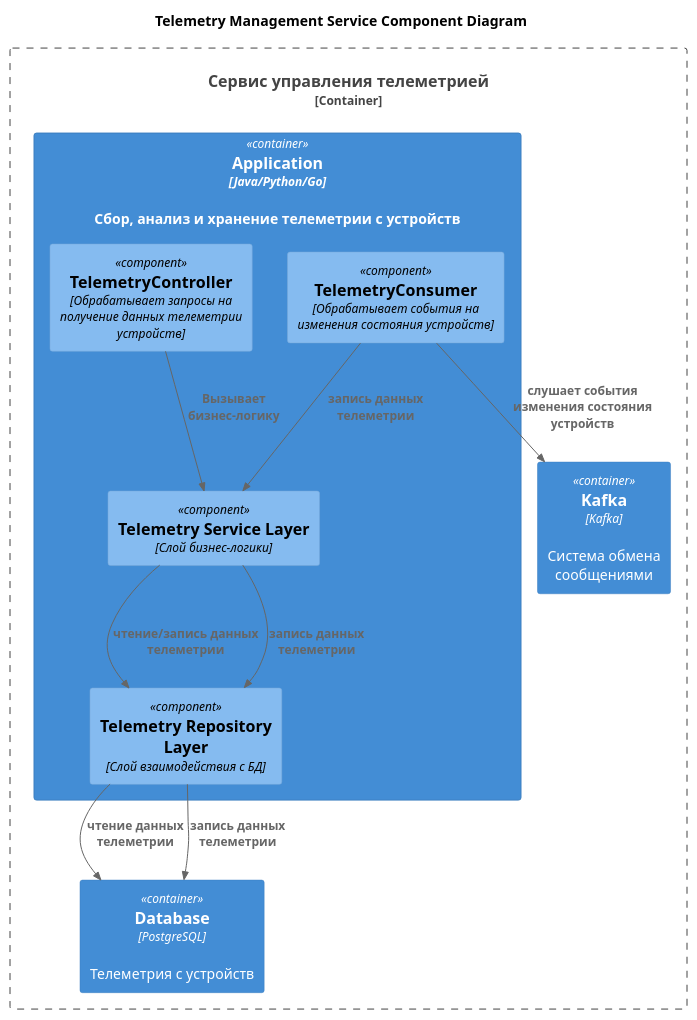
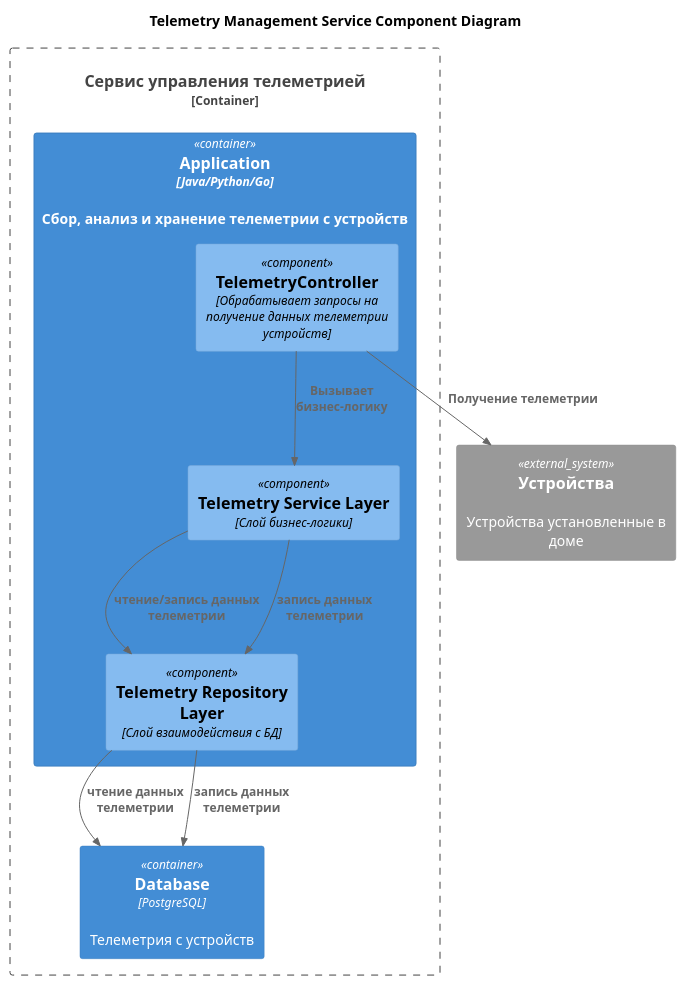
One commit to wiky-avis/architecture-sprint-3 changed the diagram in docs/diagrams/to_be/component/TelemetryManagementService_Component.puml. Above: the diagram before and after it, drawn with PlantUML. The commit also changed 8 other files, not shown here.

```diff
--- a/docs/diagrams/to_be/component/TelemetryManagementService_Component.puml
+++ b/docs/diagrams/to_be/component/TelemetryManagementService_Component.puml
@@ -1,28 +1,26 @@
 @startuml
 title Telemetry Management Service Component Diagram
 
 top to bottom direction
 
 !includeurl https://raw.githubusercontent.com/RicardoNiepel/C4-PlantUML/master/C4_Component.puml
 
 Container_Boundary(TelemetryManagementService, "Сервис управления телеметрией") {
   Container(App, "Application", "Java/Python/Go", "Сбор, анализ и хранение телеметрии с устройств")
   Container(Database, "Database", "PostgreSQL", "Телеметрия с устройств")
-  Container(Kafka, "Kafka", "Kafka", "Система обмена сообщениями")
 }
+System_Ext(devices, "Устройства", "Устройства установленные в доме")
 
 Container(App, "Application", "Java, Spring") {
   Component(TelemetryController, "TelemetryController", "Обрабатывает запросы на получение данных телеметрии устройств")
-  Component(TelemetryConsumer, "TelemetryConsumer", "Обрабатывает события на изменения состояния устройств")
   Component(ServiceLayer, "Telemetry Service Layer", "Слой бизнес-логики")
   Component(RepositoryLayer, "Telemetry Repository Layer", "Слой взаимодействия с БД")
 }
 
 Rel(TelemetryController,ServiceLayer,"Вызывает бизнес-логику")
+Rel(TelemetryController,devices,"Получение телеметрии")
 Rel(ServiceLayer,RepositoryLayer,"чтение/запись данных телеметрии")
 Rel(RepositoryLayer,Database,"чтение данных телеметрии")
-Rel(TelemetryConsumer,Kafka,"слушает события изменения состояния устройств")
-Rel(TelemetryConsumer,ServiceLayer,"запись данных телеметрии")
 Rel(ServiceLayer,RepositoryLayer,"запись данных телеметрии")
 Rel(RepositoryLayer,Database,"запись данных телеметрии")
 @enduml
```
